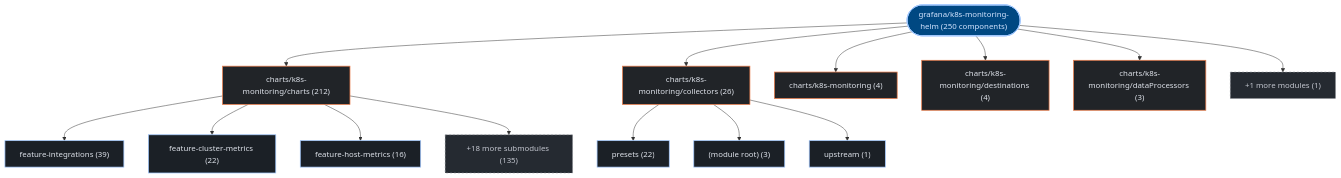
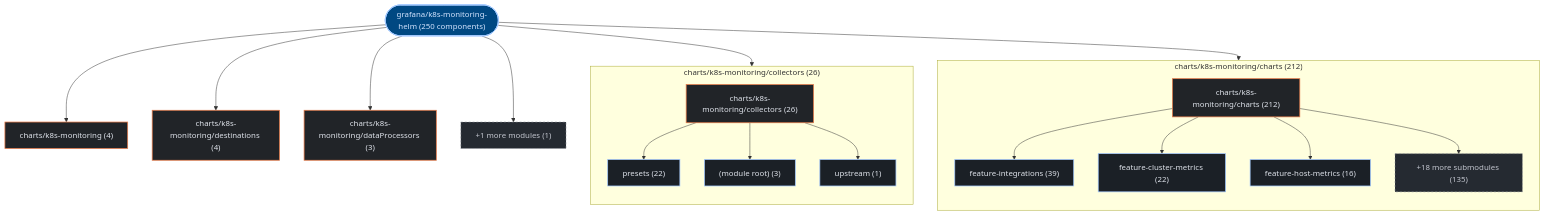
Before and after one commit to kumarshaz/atruss-code-atlas: the first of 3 diagrams in exports/latest/reports/grafana-k8s-monitoring-helm-report.md, drawn with Mermaid. The commit also changed 178 other files, not shown here.

Commit message:
feat(ui,mermaid): upgrade to mermaid v12 + ELK layout, add orgs-summary + pagination, subgraph building blocks, fix tab alignment

````diff
--- a/exports/latest/reports/grafana-k8s-monitoring-helm-report.md
+++ b/exports/latest/reports/grafana-k8s-monitoring-helm-report.md
@@ -42,37 +42,43 @@
 ```mermaid
 graph TD;
   classDef atlasRoot fill:#004882,stroke:#a3c9ff,stroke-width:2px,color:#d3e4ff
   classDef atlasCategory fill:#212428,stroke:#E87A48,stroke-width:1.5px,color:#dfe3eb
   classDef atlasWorkflow fill:#1b2026,stroke:#a3c9ff,stroke-width:1.5px,color:#dfe3eb
   classDef atlasJob fill:#171c22,stroke:#8d9199,stroke-width:1px,color:#dfe3eb
   classDef atlasTarget fill:#005227,stroke:#8bd99b,stroke-width:1.5px,color:#a7f6b6
   classDef atlasAlert fill:#93000a,stroke:#ffb4ab,stroke-width:1.5px,color:#ffdad6
   classDef atlasMore fill:#252a31,stroke:#8d9199,stroke-dasharray:4 4,color:#c3c6cf
     repo_root(["grafana/k8s-monitoring-helm (250 components)"]):::atlasRoot
-    dir_0_charts_k8s_monitoring_charts["charts/k8s-monitoring/charts (212)"]:::atlasCategory
+    subgraph sg_dir_0_charts_k8s_monitoring_charts["charts/k8s-monitoring/charts (212)"]
+      direction TB
+      dir_0_charts_k8s_monitoring_charts["charts/k8s-monitoring/charts (212)"]:::atlasCategory
+      sub_0_0_feature_integrations["feature-integrations (39)"]:::atlasWorkflow
+      dir_0_charts_k8s_monitoring_charts --> sub_0_0_feature_integrations
+      sub_0_1_feature_cluster_metrics["feature-cluster-metrics (22)"]:::atlasWorkflow
+      dir_0_charts_k8s_monitoring_charts --> sub_0_1_feature_cluster_metrics
+      sub_0_2_feature_host_metrics["feature-host-metrics (16)"]:::atlasWorkflow
+      dir_0_charts_k8s_monitoring_charts --> sub_0_2_feature_host_metrics
+      sub_0_more["+18 more submodules (135)"]:::atlasMore
+      dir_0_charts_k8s_monitoring_charts --> sub_0_more
+    end
     repo_root --> dir_0_charts_k8s_monitoring_charts
-    sub_0_0_feature_integrations["feature-integrations (39)"]:::atlasWorkflow
-    dir_0_charts_k8s_monitoring_charts --> sub_0_0_feature_integrations
-    sub_0_1_feature_cluster_metrics["feature-cluster-metrics (22)"]:::atlasWorkflow
-    dir_0_charts_k8s_monitoring_charts --> sub_0_1_feature_cluster_metrics
-    sub_0_2_feature_host_metrics["feature-host-metrics (16)"]:::atlasWorkflow
-    dir_0_charts_k8s_monitoring_charts --> sub_0_2_feature_host_metrics
-    sub_0_more["+18 more submodules (135)"]:::atlasMore
-    dir_0_charts_k8s_monitoring_charts --> sub_0_more
-    dir_1_charts_k8s_monitoring_collectors["charts/k8s-monitoring/collectors (26)"]:::atlasCategory
+    subgraph sg_dir_1_charts_k8s_monitoring_collectors["charts/k8s-monitoring/collectors (26)"]
+      direction TB
+      dir_1_charts_k8s_monitoring_collectors["charts/k8s-monitoring/collectors (26)"]:::atlasCategory
+      sub_1_0_presets["presets (22)"]:::atlasWorkflow
+      dir_1_charts_k8s_monitoring_collectors --> sub_1_0_presets
+      sub_1_1__module_root_["(module root) (3)"]:::atlasWorkflow
+      dir_1_charts_k8s_monitoring_collectors --> sub_1_1__module_root_
+      sub_1_2_upstream["upstream (1)"]:::atlasWorkflow
+      dir_1_charts_k8s_monitoring_collectors --> sub_1_2_upstream
+    end
     repo_root --> dir_1_charts_k8s_monitoring_collectors
-    sub_1_0_presets["presets (22)"]:::atlasWorkflow
-    dir_1_charts_k8s_monitoring_collectors --> sub_1_0_presets
-    sub_1_1__module_root_["(module root) (3)"]:::atlasWorkflow
-    dir_1_charts_k8s_monitoring_collectors --> sub_1_1__module_root_
-    sub_1_2_upstream["upstream (1)"]:::atlasWorkflow
-    dir_1_charts_k8s_monitoring_collectors --> sub_1_2_upstream
     dir_2_charts_k8s_monitoring["charts/k8s-monitoring (4)"]:::atlasCategory
     repo_root --> dir_2_charts_k8s_monitoring
     dir_3_charts_k8s_monitoring_destinations["charts/k8s-monitoring/destinations (4)"]:::atlasCategory
     repo_root --> dir_3_charts_k8s_monitoring_destinations
     dir_4_charts_k8s_monitoring_dataProcessors["charts/k8s-monitoring/dataProcessors (3)"]:::atlasCategory
     repo_root --> dir_4_charts_k8s_monitoring_dataProcessors
     dir_other_modules["+1 more modules (1)"]:::atlasMore
     repo_root --> dir_other_modules
 ```
````
